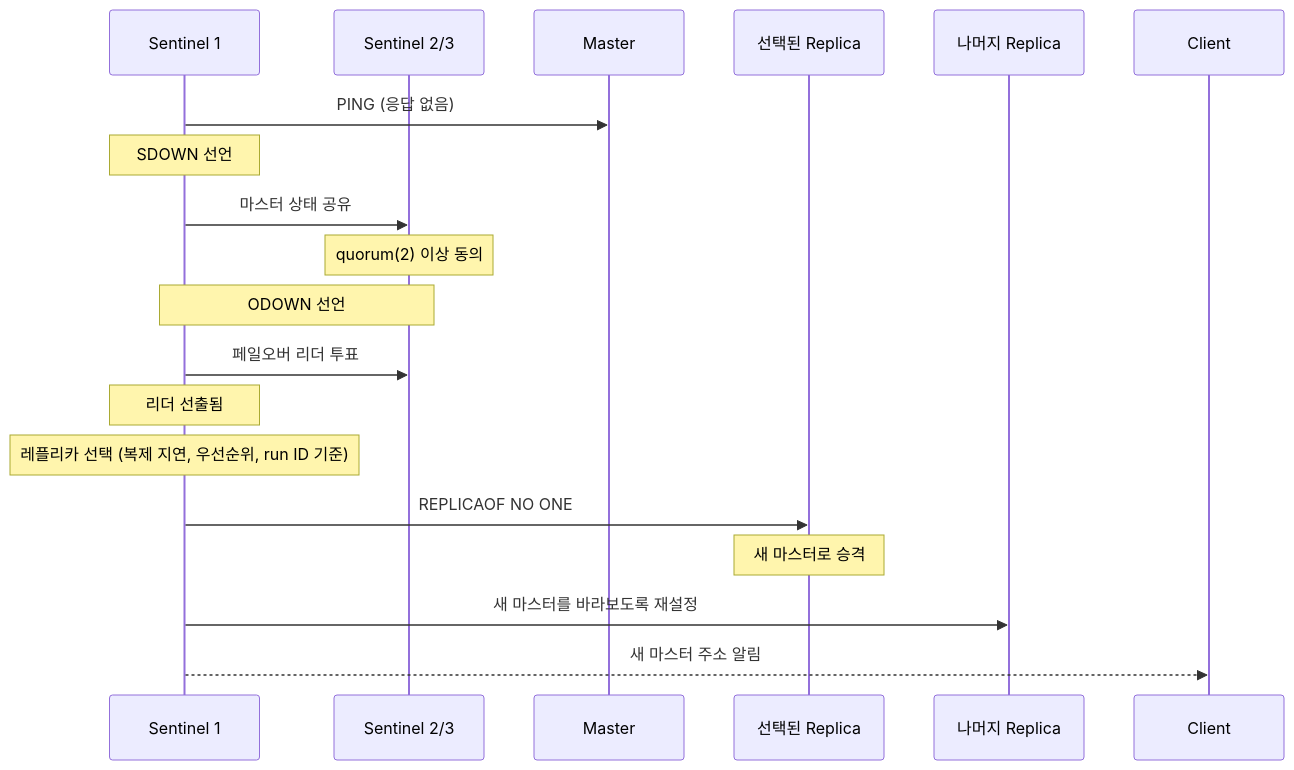
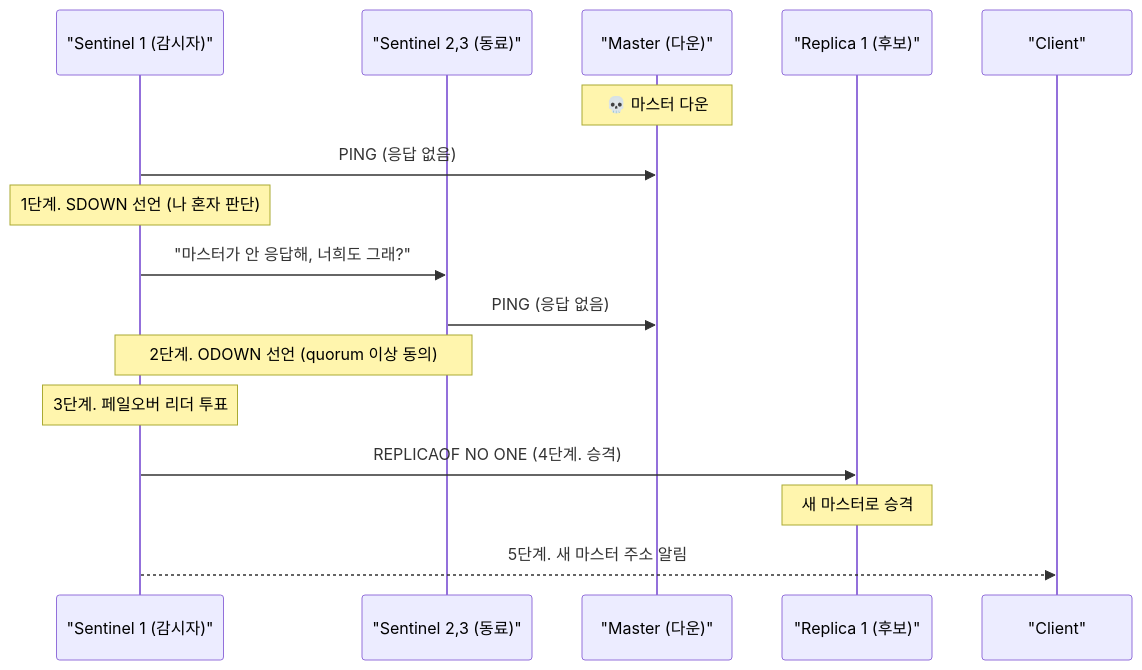
One commit to yjkim2015/yjkim2015.github.io changed the third of 6 diagrams in _posts/redis/2026-05-01-redis-cluster-sentinel.md. Above: the diagram before and after it, drawn with Mermaid. The commit also changed other lines of this file and 122 other files, not shown here.

````diff
--- a/_posts/redis/2026-05-01-redis-cluster-sentinel.md
+++ b/_posts/redis/2026-05-01-redis-cluster-sentinel.md
@@ -190,22 +104,19 @@
 ```mermaid
 sequenceDiagram
-    participant S1 as Sentinel 1
-    participant S2 as Sentinel 2/3
-    participant M as Master
-    participant R1 as 선택된 Replica
-    participant R2 as 나머지 Replica
-    participant C as Client
+    participant S1 as "Sentinel 1 (감시자)"
+    participant S23 as "Sentinel 2,3 (동료)"
+    participant M as "Master (다운)"
+    participant R1 as "Replica 1 (후보)"
+    participant C as "Client"
 
+    Note over M: 💀 마스터 다운
     S1->>M: PING (응답 없음)
-    Note over S1: SDOWN 선언
-    S1->>S2: 마스터 상태 공유
-    Note over S2: quorum(2) 이상 동의
-    Note over S1,S2: ODOWN 선언
-    S1->>S2: 페일오버 리더 투표
-    Note over S1: 리더 선출됨
-    Note over S1: 레플리카 선택 (복제 지연, 우선순위, run ID 기준)
-    S1->>R1: REPLICAOF NO ONE
+    Note over S1: 1단계. SDOWN 선언 (나 혼자 판단)
+    S1->>S23: "마스터가 안 응답해, 너희도 그래?"
+    S23->>M: PING (응답 없음)
+    Note over S1,S23: 2단계. ODOWN 선언 (quorum 이상 동의)
+    Note over S1: 3단계. 페일오버 리더 투표
+    S1->>R1: REPLICAOF NO ONE (4단계. 승격)
     Note over R1: 새 마스터로 승격
-    S1->>R2: 새 마스터를 바라보도록 재설정
-    S1-->>C: 새 마스터 주소 알림
+    S1-->>C: 5단계. 새 마스터 주소 알림
 ```
````
